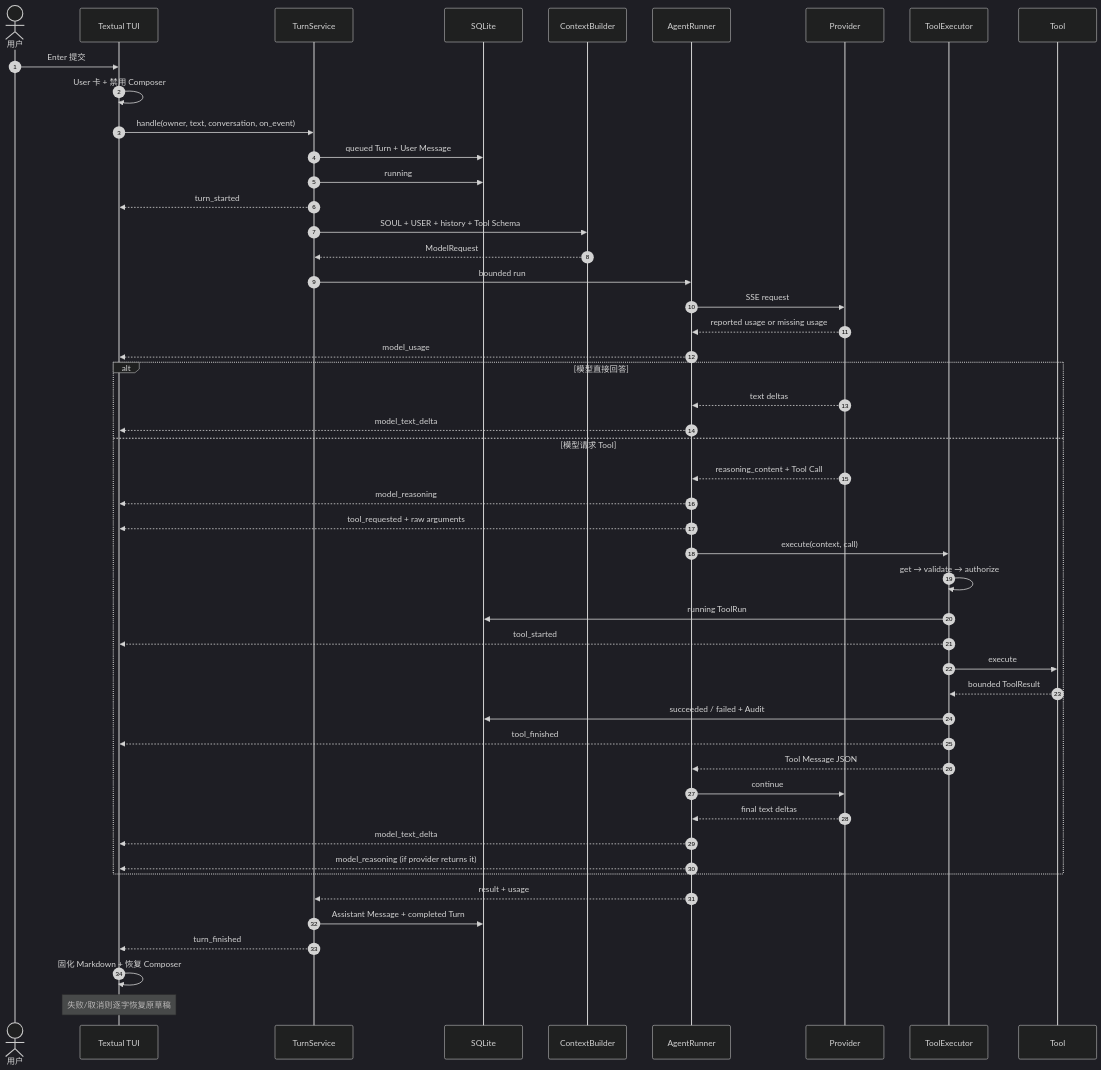
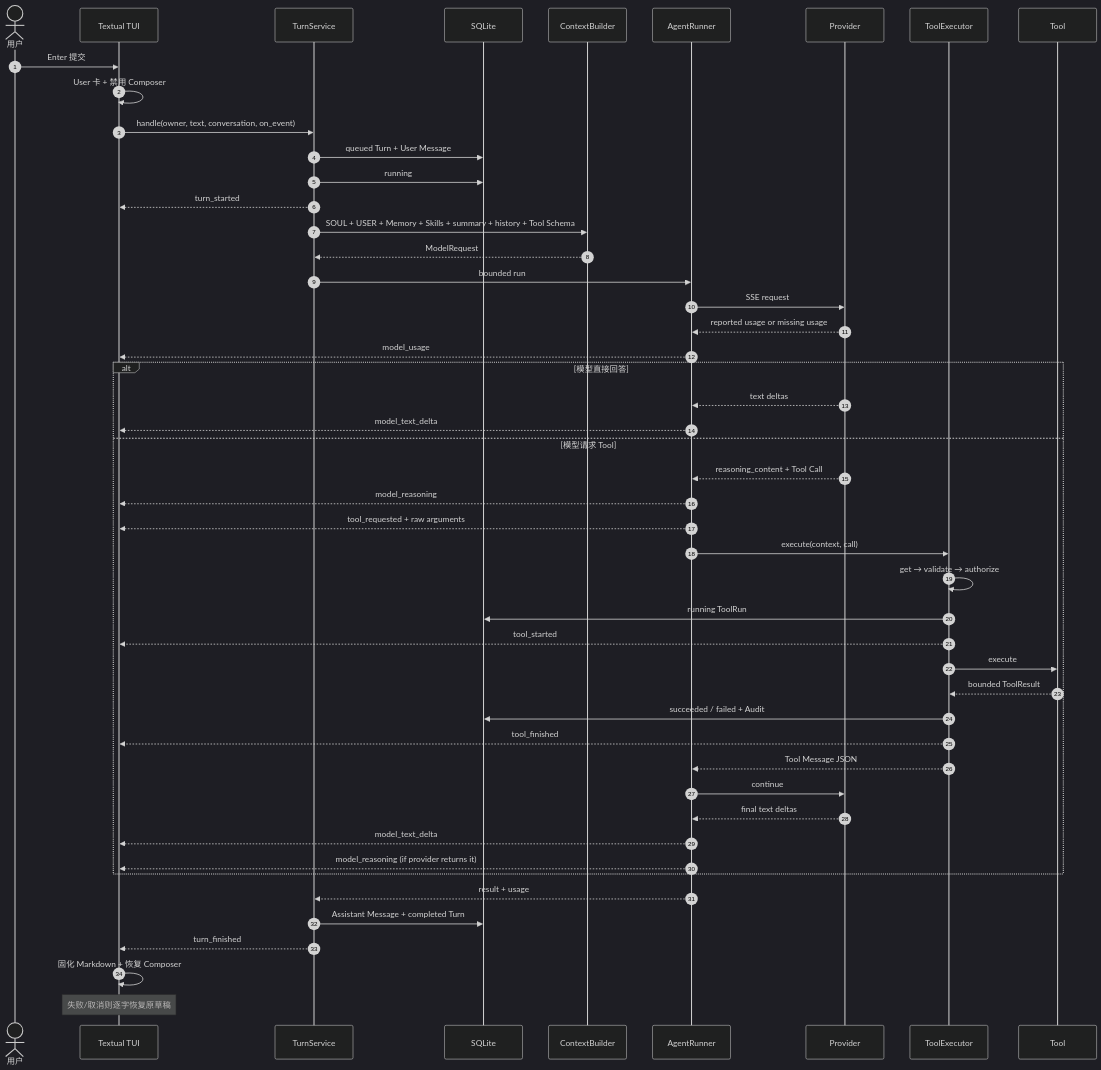
Before and after one commit to NEDONION/lobster0: the fourth of 10 diagrams in docs/architecture/20260807_系统架构.md, drawn with Mermaid (dark theme). The commit also changed other lines of this file and 21 other files, not shown here.

Commit message:
docs(phase3): 同步 Memory/Skills release 与进度

````diff
--- a/docs/architecture/20260807_系统架构.md
+++ b/docs/architecture/20260807_系统架构.md
@@ -80,52 +86,52 @@
 ```mermaid
 sequenceDiagram
     autonumber
     actor User as 用户
     participant UI as Textual TUI
     participant Turn as TurnService
     participant Store as SQLite
     participant Context as ContextBuilder
     participant Agent as AgentRunner
     participant Model as Provider
     participant Exec as ToolExecutor
     participant Tool as Tool
 
     User->>UI: Enter 提交
     UI->>UI: User 卡 + 禁用 Composer
     UI->>Turn: handle(owner, text, conversation, on_event)
     Turn->>Store: queued Turn + User Message
     Turn->>Store: running
     Turn-->>UI: turn_started
-    Turn->>Context: SOUL + USER + history + Tool Schema
+    Turn->>Context: SOUL + USER + Memory + Skills + summary + history + Tool Schema
     Context-->>Turn: ModelRequest
     Turn->>Agent: bounded run
     Agent->>Model: SSE request
     Model-->>Agent: reported usage or missing usage
     Agent-->>UI: model_usage
     alt 模型直接回答
         Model-->>Agent: text deltas
         Agent-->>UI: model_text_delta
     else 模型请求 Tool
         Model-->>Agent: reasoning_content + Tool Call
         Agent-->>UI: model_reasoning
         Agent-->>UI: tool_requested + raw arguments
         Agent->>Exec: execute(context, call)
         Exec->>Exec: get → validate → authorize
         Exec->>Store: running ToolRun
         Exec-->>UI: tool_started
         Exec->>Tool: execute
         Tool-->>Exec: bounded ToolResult
         Exec->>Store: succeeded / failed + Audit
         Exec-->>UI: tool_finished
         Exec-->>Agent: Tool Message JSON
         Agent->>Model: continue
         Model-->>Agent: final text deltas
         Agent-->>UI: model_text_delta
         Agent-->>UI: model_reasoning (if provider returns it)
     end
     Agent-->>Turn: result + usage
     Turn->>Store: Assistant Message + completed Turn
     Turn-->>UI: turn_finished
     UI->>UI: 固化 Markdown + 恢复 Composer
     Note over UI: 失败/取消则逐字恢复原草稿
 ```
````
